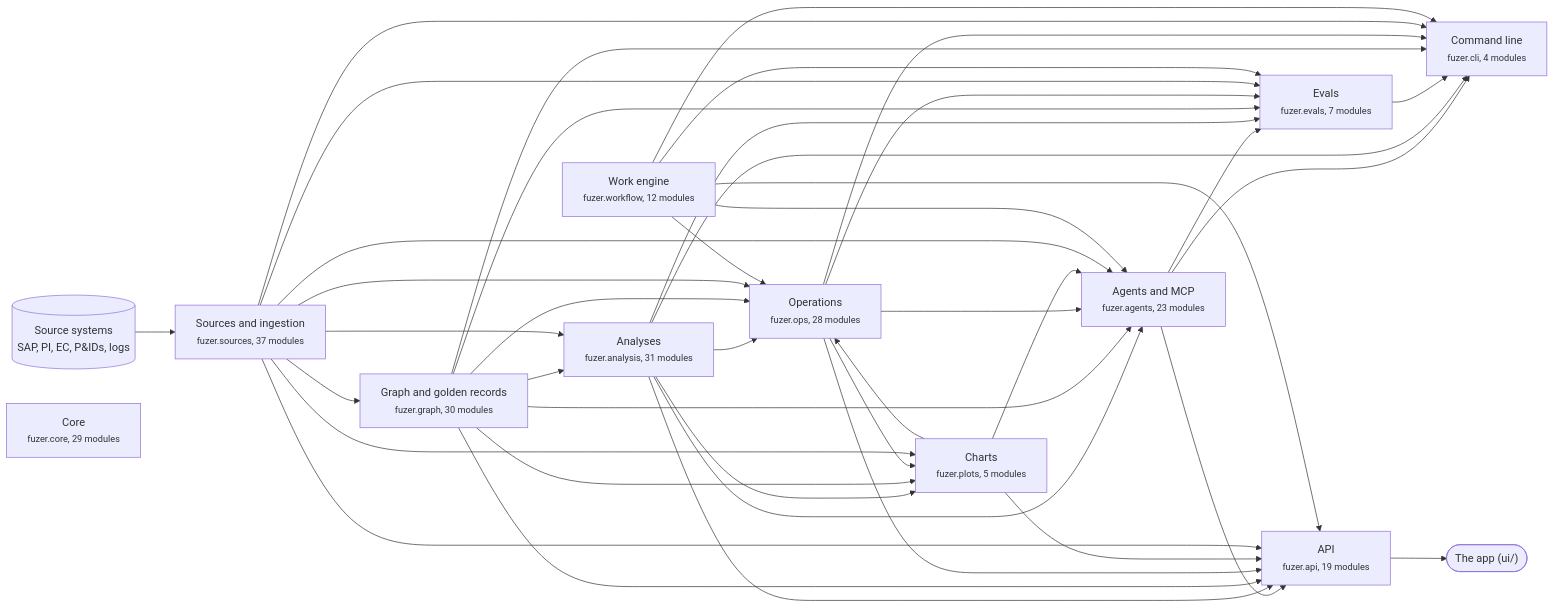
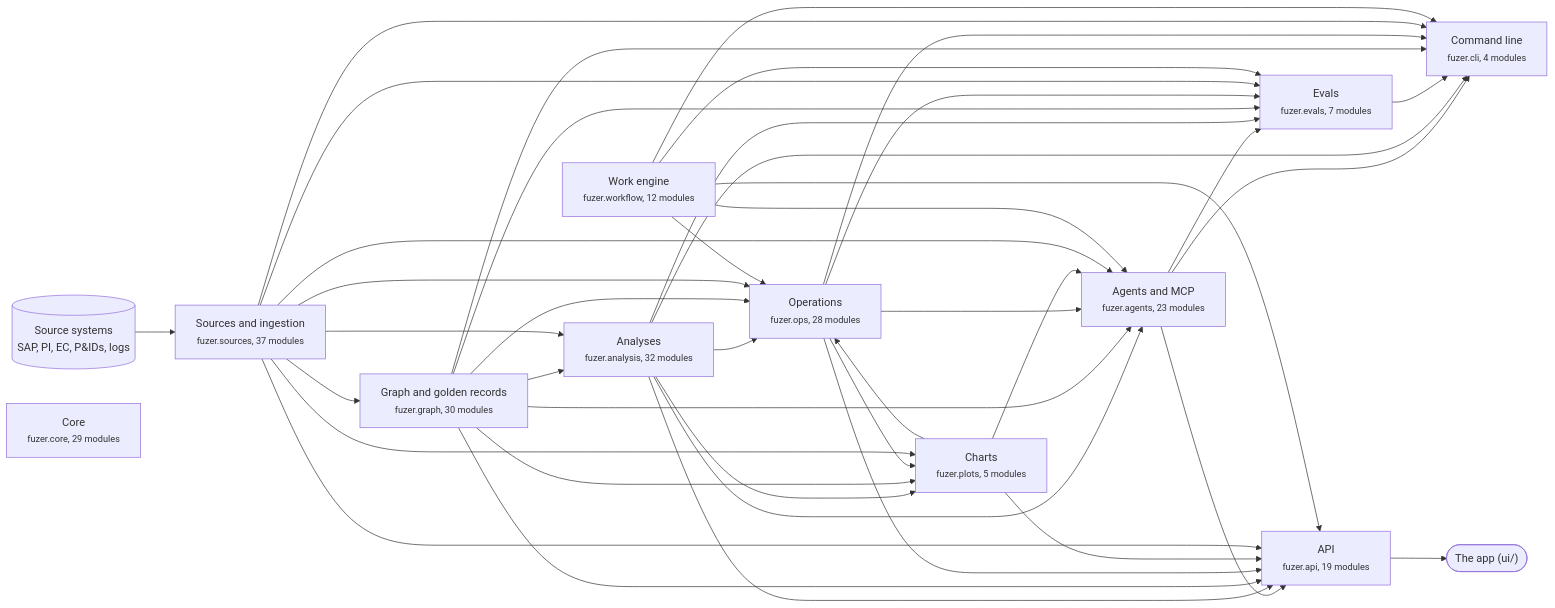
One commit to areed145/fuzer changed the first of 3 diagrams in docs/architecture.md. Above: the diagram before and after it, drawn with Mermaid. The commit also changed other lines of this file and 14 other files, not shown here.

````diff
--- a/docs/architecture.md
+++ b/docs/architecture.md
@@ -8,66 +8,66 @@
 ```mermaid
 flowchart LR
   systems[("Source systems<br>SAP, PI, EC, P&IDs, logs")] --> c_sources
   app(["The app (ui/)"])
   c_api --> app
   c_sources["Sources and ingestion<br><small>fuzer.sources, 37 modules</small>"]
   c_graph["Graph and golden records<br><small>fuzer.graph, 30 modules</small>"]
-  c_analysis["Analyses<br><small>fuzer.analysis, 31 modules</small>"]
+  c_analysis["Analyses<br><small>fuzer.analysis, 32 modules</small>"]
   c_ops["Operations<br><small>fuzer.ops, 28 modules</small>"]
   c_plots["Charts<br><small>fuzer.plots, 5 modules</small>"]
   c_workflow["Work engine<br><small>fuzer.workflow, 12 modules</small>"]
   c_agents["Agents and MCP<br><small>fuzer.agents, 23 modules</small>"]
   c_evals["Evals<br><small>fuzer.evals, 7 modules</small>"]
   c_api["API<br><small>fuzer.api, 19 modules</small>"]
   c_cli["Command line<br><small>fuzer.cli, 4 modules</small>"]
   c_core["Core<br><small>fuzer.core, 29 modules</small>"]
   c_sources --> c_graph
   c_graph --> c_analysis
   c_sources --> c_analysis
   c_analysis --> c_ops
   c_graph --> c_ops
   c_plots --> c_ops
   c_sources --> c_ops
   c_workflow --> c_ops
   c_analysis --> c_plots
   c_graph --> c_plots
   c_ops --> c_plots
   c_sources --> c_plots
   c_analysis --> c_agents
   c_graph --> c_agents
   c_ops --> c_agents
   c_plots --> c_agents
   c_sources --> c_agents
   c_workflow --> c_agents
   c_agents --> c_evals
   c_analysis --> c_evals
   c_graph --> c_evals
   c_ops --> c_evals
   c_sources --> c_evals
   c_workflow --> c_evals
   c_agents --> c_api
   c_analysis --> c_api
   c_graph --> c_api
   c_ops --> c_api
   c_plots --> c_api
   c_sources --> c_api
   c_workflow --> c_api
   c_agents --> c_cli
   c_analysis --> c_cli
   c_evals --> c_cli
   c_graph --> c_cli
   c_ops --> c_cli
   c_sources --> c_cli
   c_workflow --> c_cli
   click c_sources "https://github.com/areed145/fuzer/tree/main/src/fuzer/sources"
   click c_graph "https://github.com/areed145/fuzer/tree/main/src/fuzer/graph"
   click c_analysis "https://github.com/areed145/fuzer/tree/main/src/fuzer/analysis"
   click c_ops "https://github.com/areed145/fuzer/tree/main/src/fuzer/ops"
   click c_plots "https://github.com/areed145/fuzer/tree/main/src/fuzer/plots"
   click c_workflow "https://github.com/areed145/fuzer/tree/main/src/fuzer/workflow"
   click c_agents "https://github.com/areed145/fuzer/tree/main/src/fuzer/agents"
   click c_evals "https://github.com/areed145/fuzer/tree/main/src/fuzer/evals"
   click c_api "https://github.com/areed145/fuzer/tree/main/src/fuzer/api"
   click c_cli "https://github.com/areed145/fuzer/tree/main/src/fuzer/cli"
   click c_core "https://github.com/areed145/fuzer/tree/main/src/fuzer/core"
 ```
````
